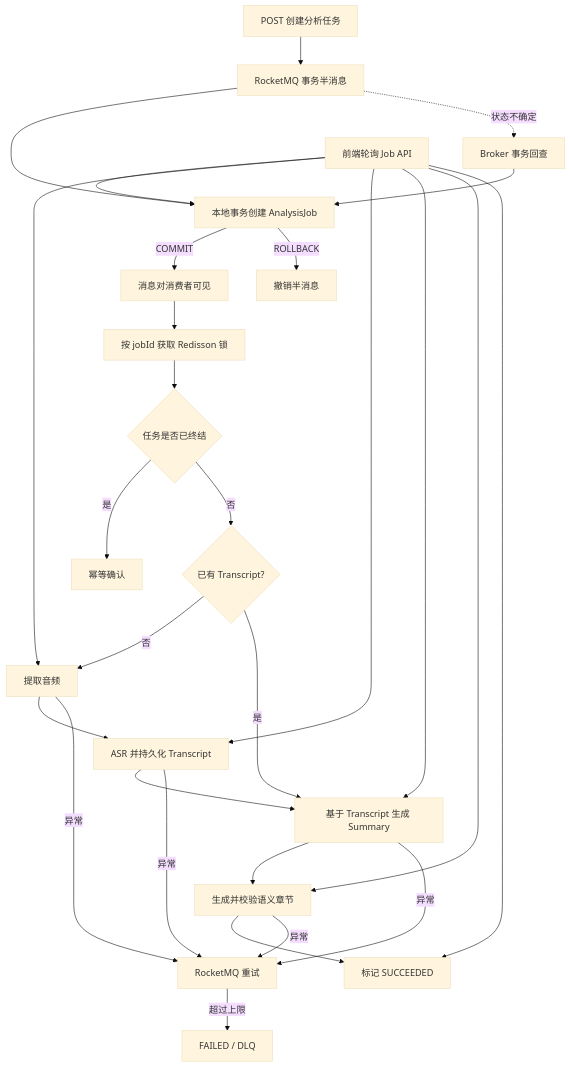
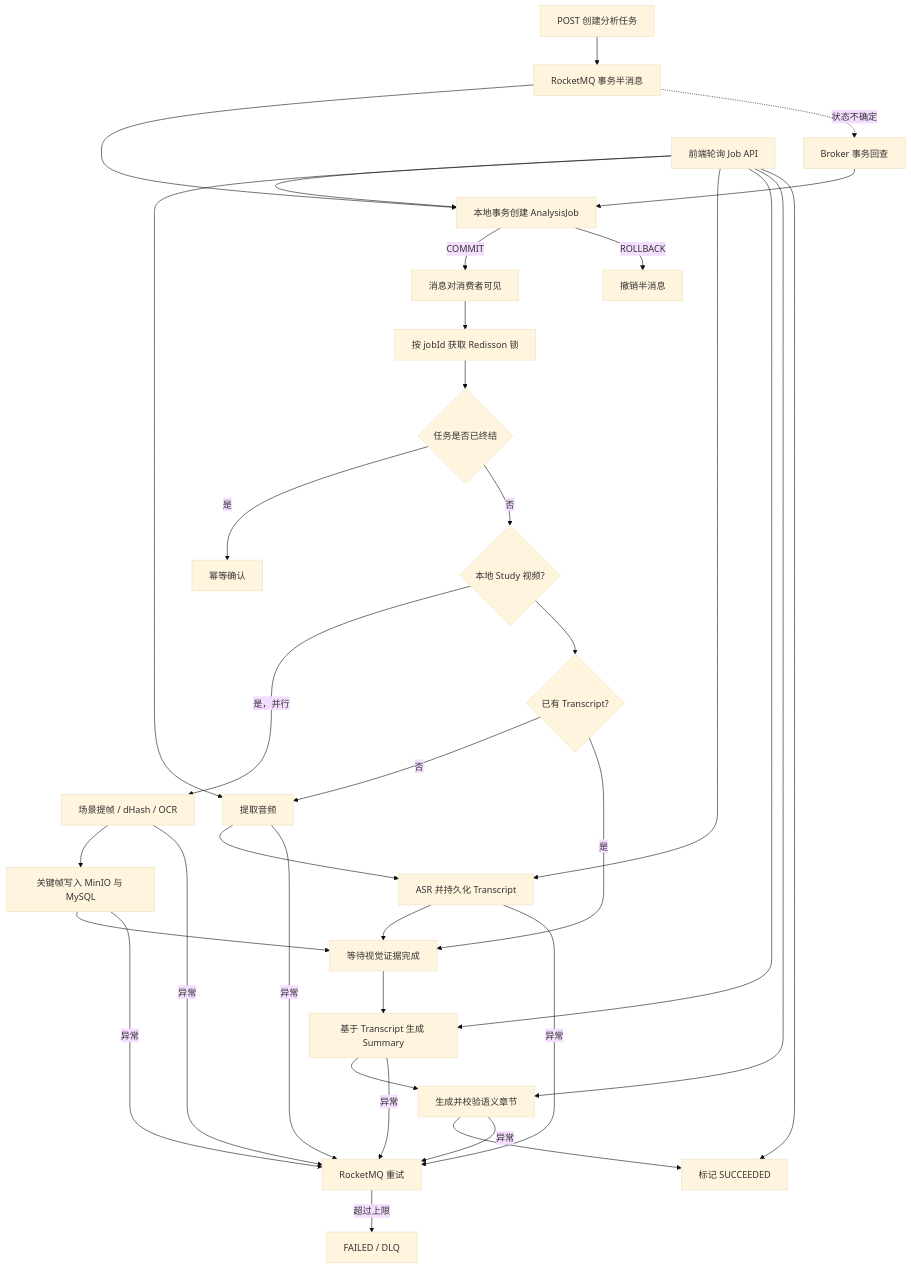
The diagram in README.md (yumestk/VedioMind), drawn with Mermaid (base theme) before and after one commit. The commit also changed other lines of this file and 31 other files, not shown here.

````diff
--- a/README.md
+++ b/README.md
@@ -39,33 +41,40 @@
 ```mermaid
 flowchart TD
     A[POST 创建分析任务] --> B[RocketMQ 事务半消息]
     B --> C[本地事务创建 AnalysisJob]
     C -->|COMMIT| D[消息对消费者可见]
     C -->|ROLLBACK| E[撤销半消息]
     B -. 状态不确定 .-> F[Broker 事务回查]
     F --> C
 
     D --> G[按 jobId 获取 Redisson 锁]
     G --> H{任务是否已终结}
     H -->|是| I[幂等确认]
-    H -->|否| R{已有 Transcript?}
+    H -->|否| V{本地 Study 视频?}
+    V -->|是，并行| W[场景提帧 / dHash / OCR]
+    W --> X[关键帧写入 MinIO 与 MySQL]
+    V --> R{已有 Transcript?}
     R -->|否| J[提取音频]
     J --> K[ASR 并持久化 Transcript]
-    R -->|是| L
-    K --> L[基于 Transcript 生成 Summary]
+    K --> Y[等待视觉证据完成]
+    R -->|是| Y
+    X --> Y
+    Y --> L[基于 Transcript 生成 Summary]
     L --> Q[生成并校验语义章节]
     Q --> M[标记 SUCCEEDED]
 
     J -->|异常| N[RocketMQ 重试]
     K -->|异常| N
     L -->|异常| N
     Q -->|异常| N
+    W -->|异常| N
+    X -->|异常| N
     N -->|超过上限| O[FAILED / DLQ]
 
     P[前端轮询 Job API] --> C
     P --> J
     P --> K
     P --> L
     P --> Q
     P --> M
 ```
````
